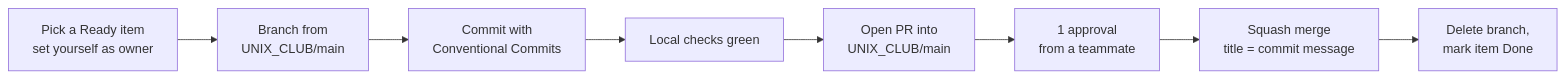
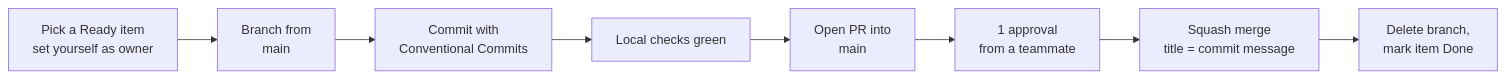
Before and after one commit to 42-UNIX-CLUB/vclubroom: the second of 2 diagrams in CONTRIBUTING.md, drawn with Mermaid. The commit also changed other lines of this file and 7 other files, not shown here.

````diff
--- a/CONTRIBUTING.md
+++ b/CONTRIBUTING.md
@@ -142,10 +136,10 @@
 ```mermaid
 flowchart LR
-    A[Pick a Ready item<br/>set yourself as owner] --> B[Branch from<br/>UNIX_CLUB/main]
+    A[Pick a Ready item<br/>set yourself as owner] --> B[Branch from<br/>main]
     B --> C[Commit with<br/>Conventional Commits]
     C --> D[Local checks green]
-    D --> E[Open PR into<br/>UNIX_CLUB/main]
+    D --> E[Open PR into<br/>main]
     E --> F[1 approval<br/>from a teammate]
     F --> G[Squash merge<br/>title = commit message]
     G --> H[Delete branch,<br/>mark item Done]
 ```
````
